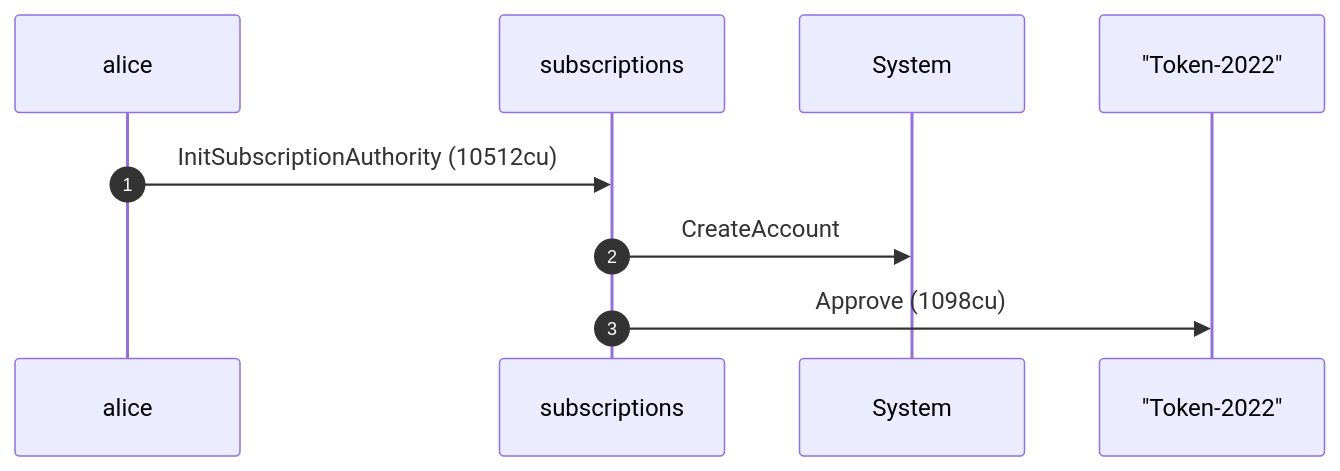
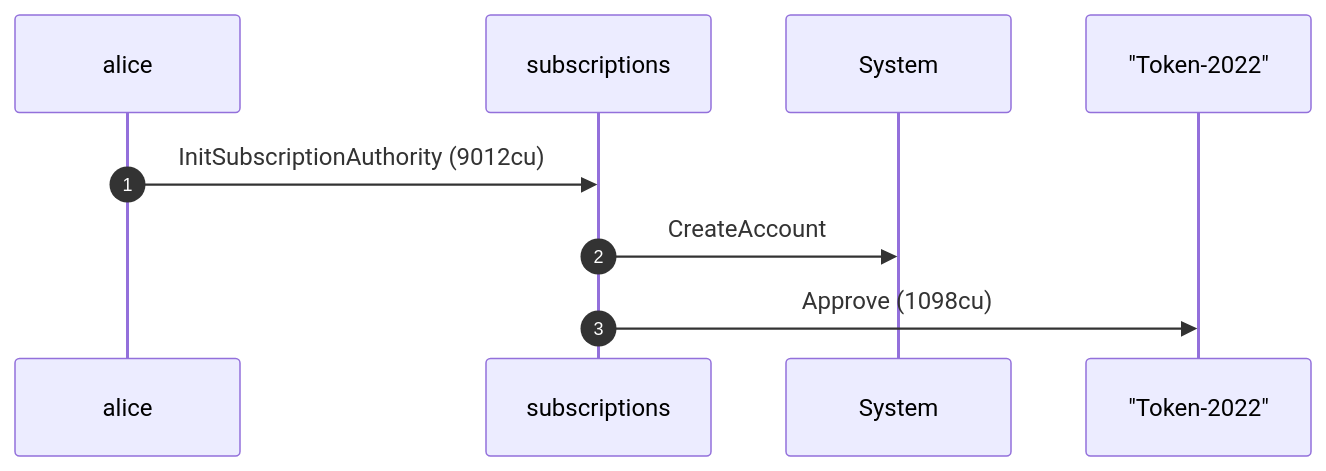
Before and after one commit to cds-rs/subscriptions: the first of 4 diagrams in dsl_tests/initialize-over-a-token-2022-mint---pausable--.md, drawn with Mermaid. The commit also changed other lines of this file and 224 other files, not shown here.

````diff
--- a/dsl_tests/initialize-over-a-token-2022-mint---pausable--.md
+++ b/dsl_tests/initialize-over-a-token-2022-mint---pausable--.md
@@ -24,11 +25,11 @@
 ```mermaid
 sequenceDiagram
     autonumber
     participant alice
     participant subscriptions
     participant System
     participant Token_2022 as "Token-2022"
-    alice ->> subscriptions: InitSubscriptionAuthority (10512cu)
+    alice ->> subscriptions: InitSubscriptionAuthority (9012cu)
     subscriptions ->> System: CreateAccount
     subscriptions ->> Token_2022: Approve (1098cu)
 ```
````
